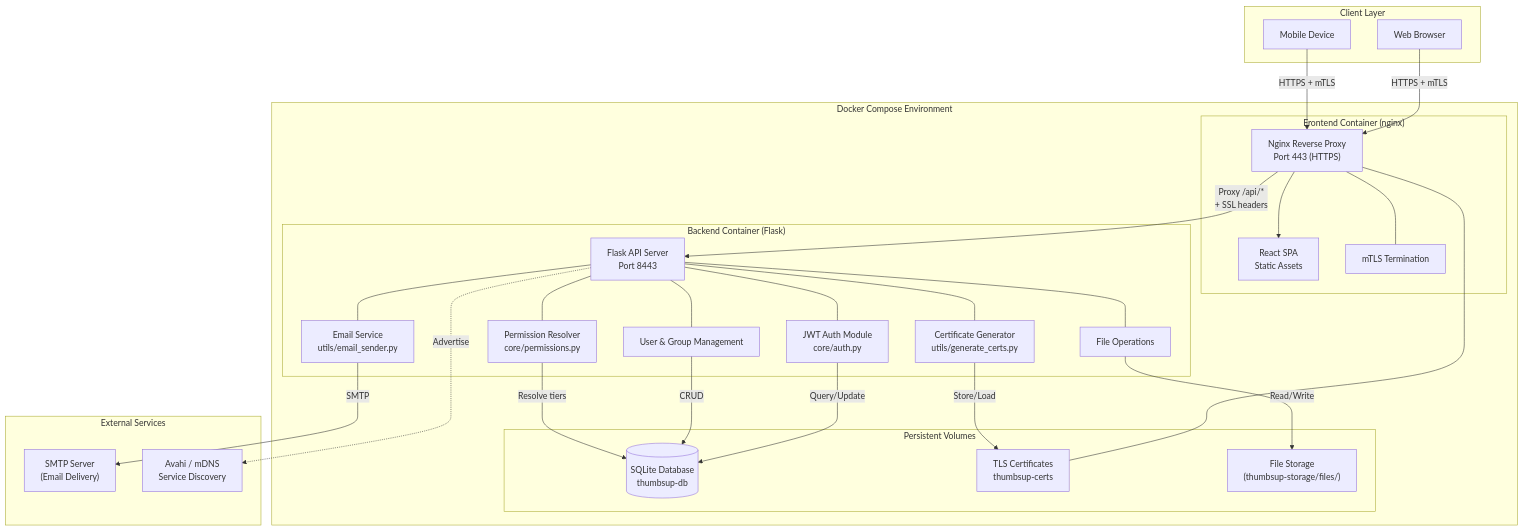
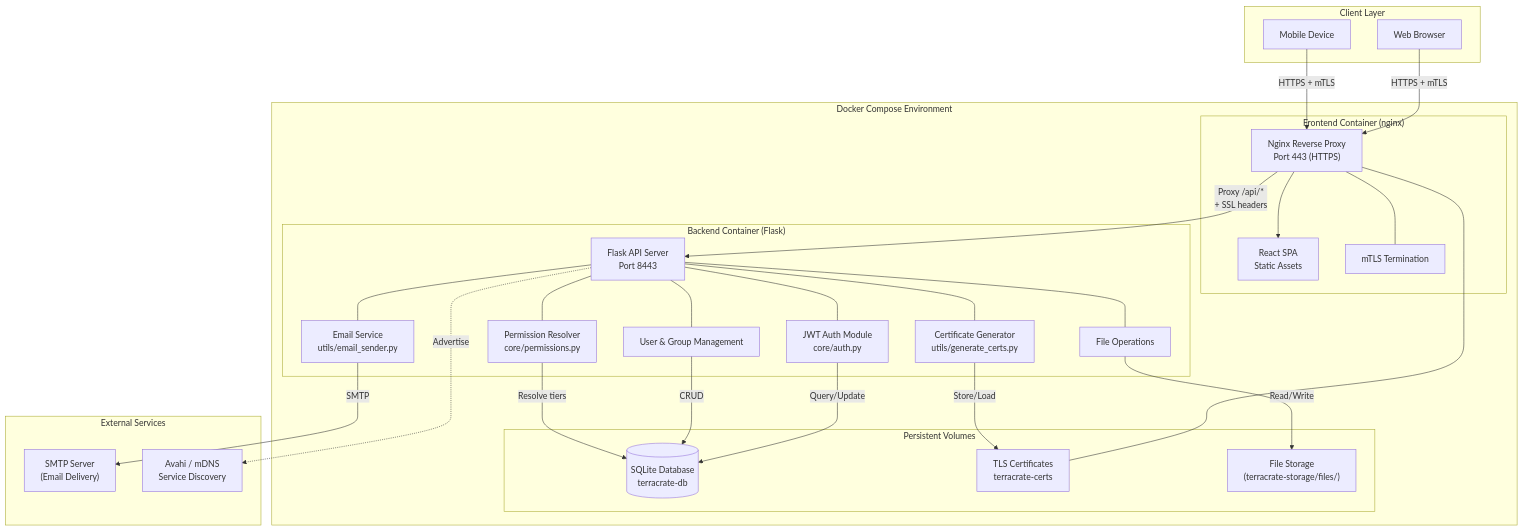
One commit to andreas-04/thumbs-up changed the diagram in docs/diagrams/01-system-architecture.mmd. Above: the diagram before and after it, drawn with Mermaid. The commit also changed 39 other files, not shown here.

```diff
--- a/docs/diagrams/01-system-architecture.mmd
+++ b/docs/diagrams/01-system-architecture.mmd
@@ -1,56 +1,56 @@
 graph TB
     subgraph Clients["Client Layer"]
         Browser["Web Browser"]
         Mobile["Mobile Device"]
     end
 
     subgraph Docker["Docker Compose Environment"]
         subgraph FrontendContainer["Frontend Container (nginx)"]
             Nginx["Nginx Reverse Proxy<br/>Port 443 (HTTPS)"]
             SPA["React SPA<br/>Static Assets"]
             mTLS["mTLS Termination"]
         end
 
         subgraph BackendContainer["Backend Container (Flask)"]
             Flask["Flask API Server<br/>Port 8443"]
             Auth["JWT Auth Module<br/>core/auth.py"]
             PermResolver["Permission Resolver<br/>core/permissions.py"]
             FileOps["File Operations"]
             UserMgmt["User & Group Management"]
             CertGen["Certificate Generator<br/>utils/generate_certs.py"]
             EmailSvc["Email Service<br/>utils/email_sender.py"]
         end
 
         subgraph Storage["Persistent Volumes"]
-            DB[("SQLite Database<br/>thumbsup-db")]
-            Certs["TLS Certificates<br/>thumbsup-certs"]
-            FileStore["File Storage<br/>(thumbsup-storage/files/)"]
+            DB[("SQLite Database<br/>terracrate-db")]
+            Certs["TLS Certificates<br/>terracrate-certs"]
+            FileStore["File Storage<br/>(terracrate-storage/files/)"]
         end
     end
 
     subgraph External["External Services"]
         SMTP["SMTP Server<br/>(Email Delivery)"]
         mDNS["Avahi / mDNS<br/>Service Discovery"]
     end
 
     Browser -->|"HTTPS + mTLS"| Nginx
     Mobile -->|"HTTPS + mTLS"| Nginx
     Nginx --> SPA
     Nginx -->|"Proxy /api/*<br/>+ SSL headers"| Flask
     Nginx --- mTLS
     Nginx --- Certs
 
     Flask --- Auth
     Flask --- PermResolver
     Flask --- FileOps
     Flask --- UserMgmt
     Flask --- CertGen
     Flask --- EmailSvc
 
     Auth -->|"Query/Update"| DB
     UserMgmt -->|"CRUD"| DB
     PermResolver -->|"Resolve tiers"| DB
     FileOps -->|"Read/Write"| FileStore
     CertGen -->|"Store/Load"| Certs
     EmailSvc -->|"SMTP"| SMTP
     Flask -.->|"Advertise"| mDNS
```
